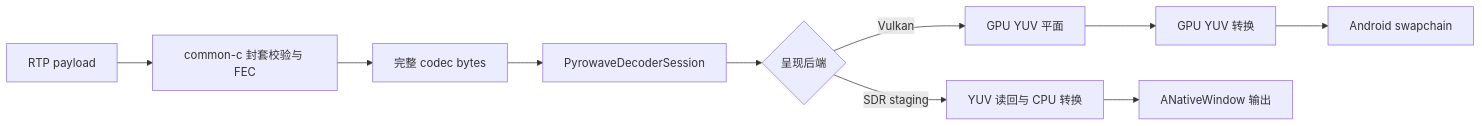
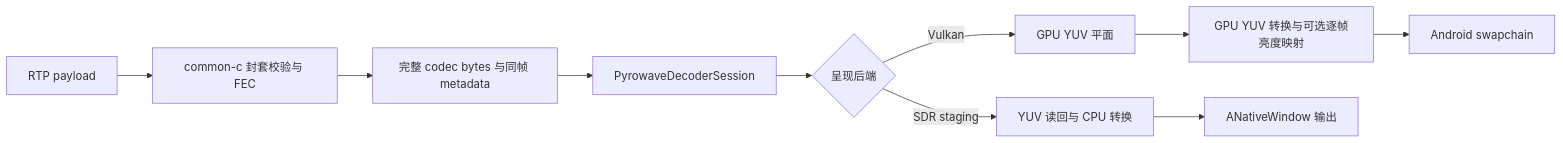
The second of 2 diagrams in docs/pyrowave-decoder-design.md (qiin2333/moonlight-vplus), drawn with Mermaid before and after one commit. The commit also changed other lines of this file and 59 other files, not shown here.

```diff
--- a/docs/pyrowave-decoder-design.md
+++ b/docs/pyrowave-decoder-design.md
@@ -55,12 +60,12 @@
 ~~~mermaid
 flowchart LR
     A[RTP payload] --> B[common-c 封套校验与 FEC]
-    B --> C[完整 codec bytes]
+    B --> C[完整 codec bytes 与同帧 metadata]
     C --> D[PyrowaveDecoderSession]
     D --> E{呈现后端}
     E -->|Vulkan| F[GPU YUV 平面]
-    F --> G[GPU YUV 转换]
+    F --> G[GPU YUV 转换与可选逐帧亮度映射]
     G --> H[Android swapchain]
     E -->|SDR staging| I[YUV 读回与 CPU 转换]
     I --> J[ANativeWindow 输出]
 ~~~
```
